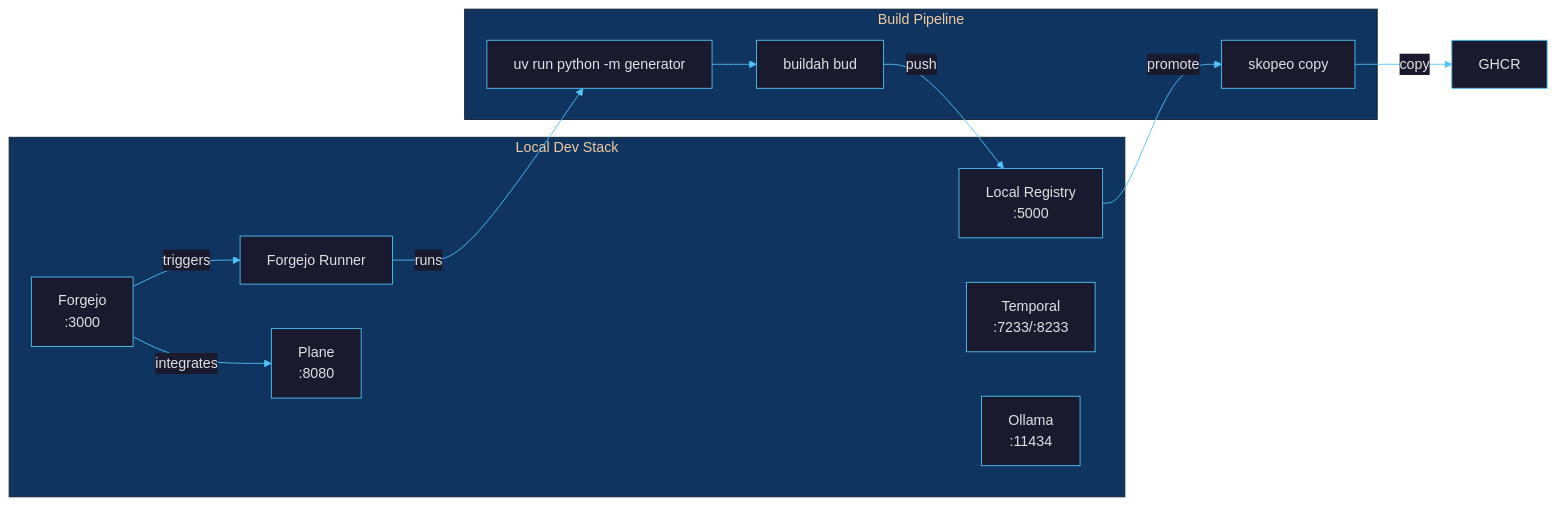
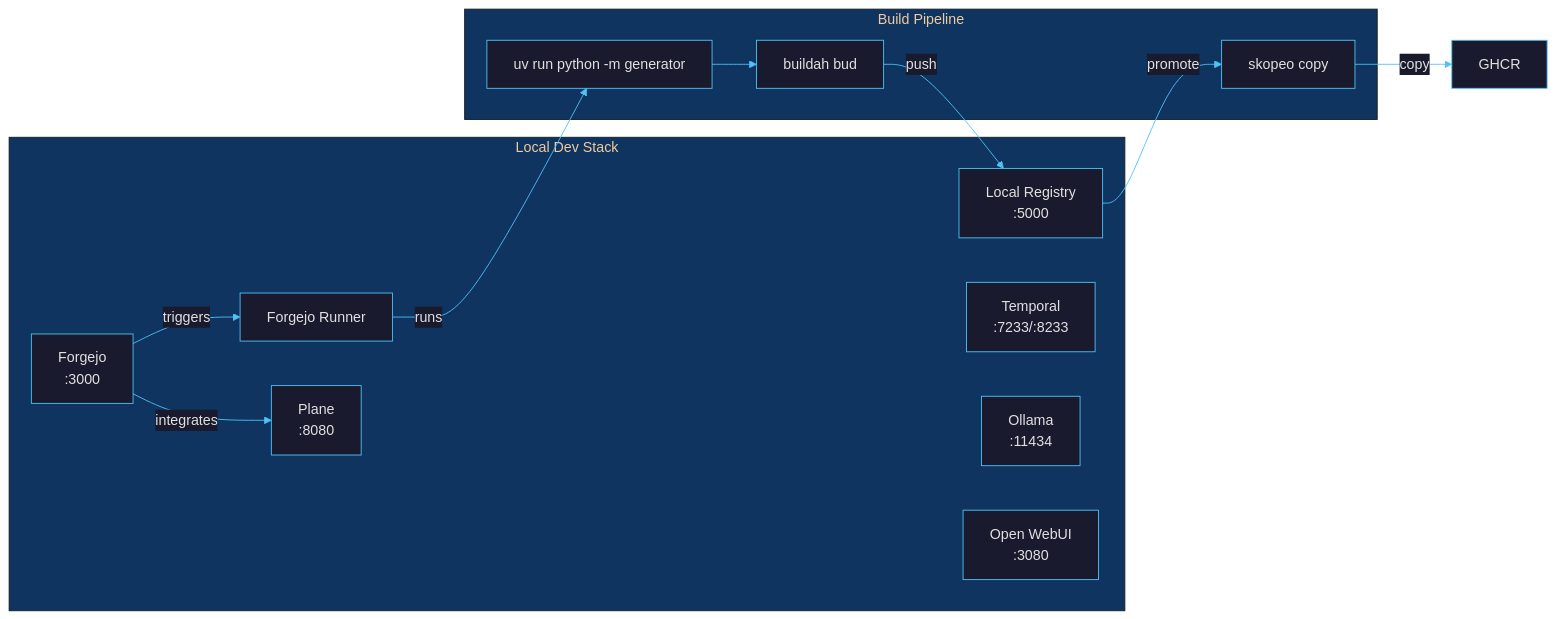
Before and after one commit to borninthedark/exousia: the diagram in docs/local-build-pipeline.md, drawn with Mermaid. The commit also changed other lines of this file and 5 other files, not shown here.

First line of the commit message:
feat(deploy): add Open WebUI quadlet for Ollama chat interface

````diff
--- a/docs/local-build-pipeline.md
+++ b/docs/local-build-pipeline.md
@@ -9,26 +9,27 @@
 ```mermaid
 %%{init: {'theme': 'base', 'themeVariables': {'primaryColor': '#1a1a2e', 'primaryTextColor': '#e0e0e0', 'primaryBorderColor': '#4fc3f7', 'lineColor': '#4fc3f7', 'secondaryColor': '#16213e', 'tertiaryColor': '#0f3460', 'edgeLabelBackground': '#1a1a2e'}}}%%
 graph LR
     subgraph LOCAL["Local Dev Stack"]
         FG["Forgejo<br/>:3000"]
         RN["Forgejo Runner"]
         REG["Local Registry<br/>:5000"]
         PL["Plane<br/>:8080"]
         TMP["Temporal<br/>:7233/:8233"]
         OLL["Ollama<br/>:11434"]
+        OWU["Open WebUI<br/>:3080"]
     end
 
     subgraph BUILD["Build Pipeline"]
         GEN["uv run python -m generator"]
         BA["buildah bud"]
         SK["skopeo copy"]
     end
 
     FG -->|triggers| RN
     FG -->|integrates| PL
     RN -->|runs| GEN
     GEN --> BA
     BA -->|push| REG
     REG -->|promote| SK
     SK -->|copy| GH["GHCR"]
 ```
````
